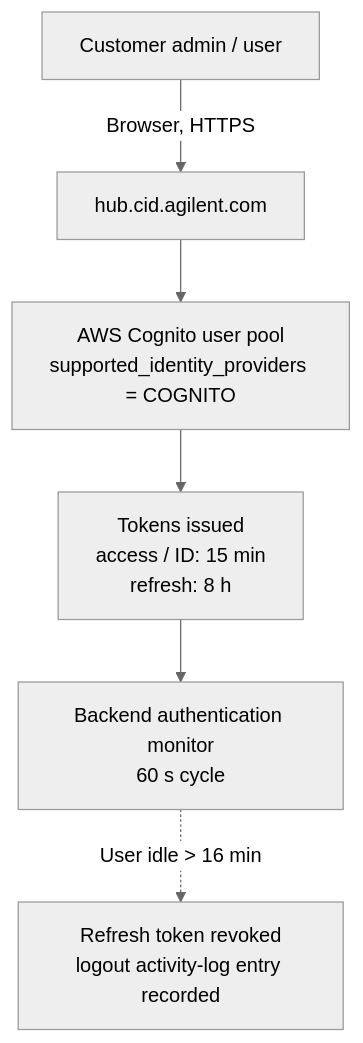
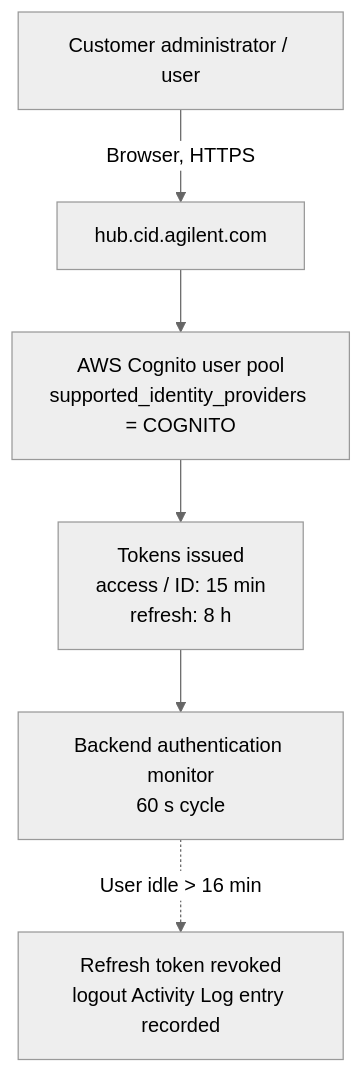
Before and after one commit to bheemboy/cid-docs: the third of 3 diagrams in docs/security/security-model.md, drawn with Mermaid (neutral theme). The commit also changed other lines of this file and 1 other file, not shown here.

````diff
--- a/docs/security/security-model.md
+++ b/docs/security/security-model.md
@@ -140,8 +140,8 @@
 ```mermaid
 flowchart TD
-    U[Customer admin / user] -->|Browser, HTTPS| H[hub.cid.agilent.com]
+    U[Customer administrator / user] -->|Browser, HTTPS| H[hub.cid.agilent.com]
     H --> C[AWS Cognito user pool<br/>supported_identity_providers = COGNITO]
     C --> T[Tokens issued<br/>access / ID: 15 min<br/>refresh: 8 h]
     T --> M[Backend authentication monitor<br/>60 s cycle]
-    M -.->|User idle > 16 min| R[Refresh token revoked<br/>logout activity-log entry recorded]
+    M -.->|User idle > 16 min| R[Refresh token revoked<br/>logout Activity Log entry recorded]
 ```
````
